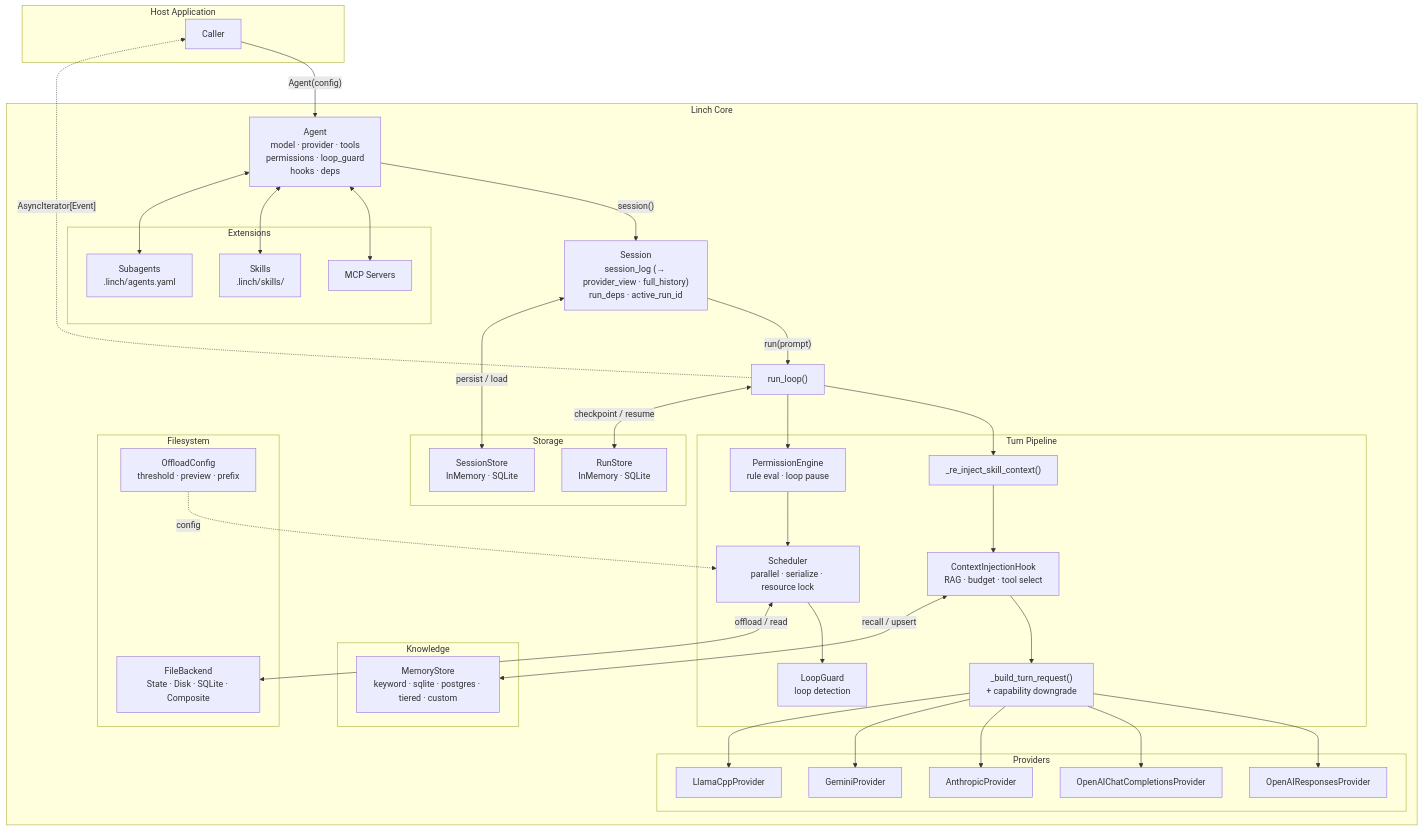
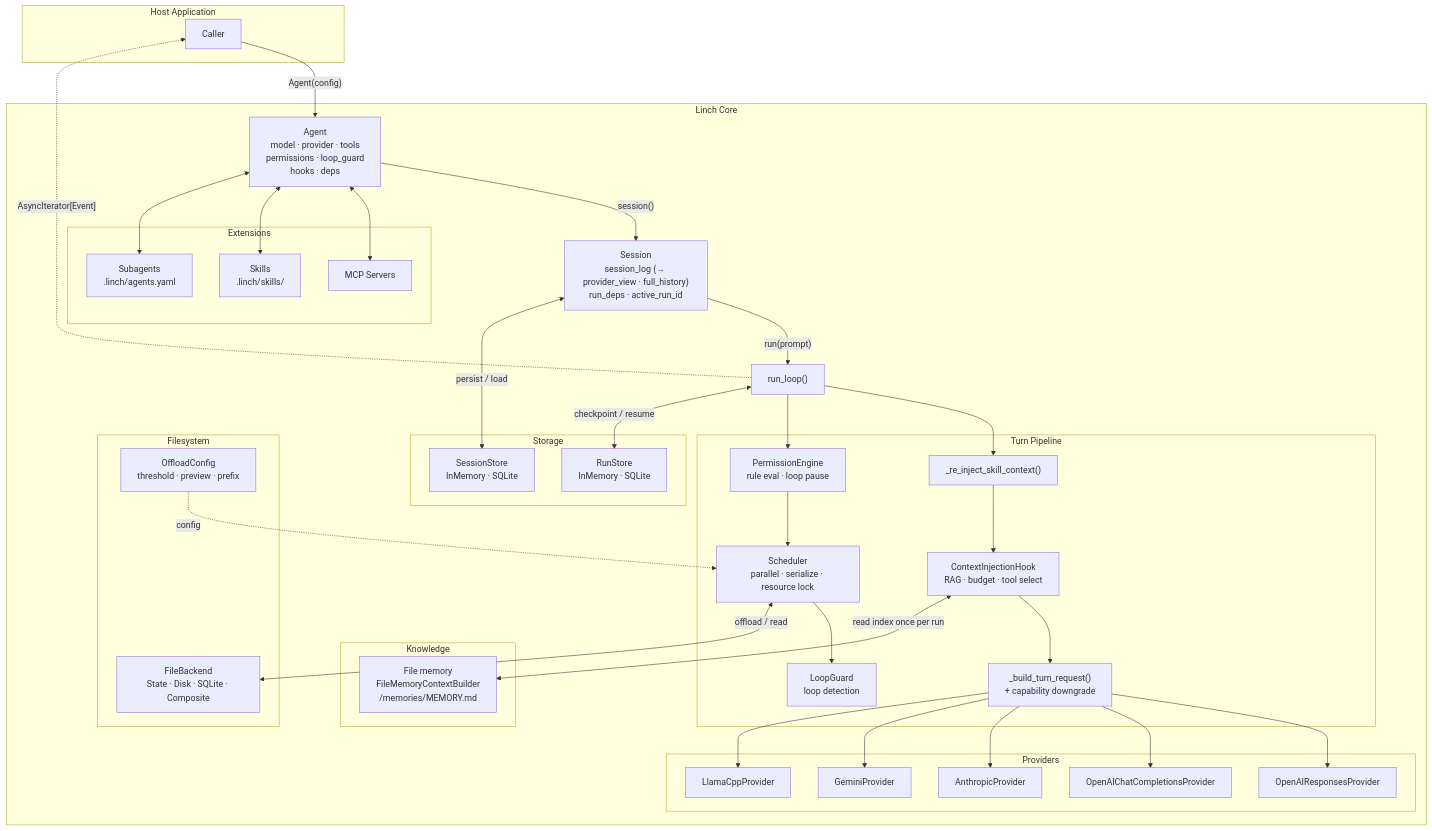
The diagram in docs/architecture/overview.md (DuyTa506/linch), drawn with Mermaid before and after one commit. The commit also changed 17 other files, not shown here.

````diff
--- a/docs/architecture/overview.md
+++ b/docs/architecture/overview.md
@@ -7,67 +7,67 @@
 ```mermaid
 graph TD
     subgraph Host["Host Application"]
         Caller["Caller"]
     end
 
     subgraph Core["Linch Core"]
         Agent["Agent\nmodel · provider · tools\npermissions · loop_guard\nhooks · deps"]
         Session["Session\nsession_log (→ provider_view · full_history)\nrun_deps · active_run_id"]
         RunLoop["run_loop()"]
 
         subgraph Pipeline["Turn Pipeline"]
             SK["_re_inject_skill_context()"]
             CB["ContextInjectionHook\nRAG · budget · tool select"]
             BTR["_build_turn_request()\n+ capability downgrade"]
             PERM["PermissionEngine\nrule eval · loop pause"]
             SCHED["Scheduler\nparallel · serialize · resource lock"]
             LG["LoopGuard\nloop detection"]
         end
 
         subgraph Providers["Providers"]
             OAR["OpenAIResponsesProvider"]
             OAC["OpenAIChatCompletionsProvider"]
             ANT["AnthropicProvider"]
             GEM["GeminiProvider"]
             LLM["LlamaCppProvider"]
         end
 
         subgraph Storage["Storage"]
             SS["SessionStore\nInMemory · SQLite"]
             RS["RunStore\nInMemory · SQLite"]
         end
 
         subgraph Knowledge["Knowledge"]
-            MEM["MemoryStore\nkeyword · sqlite · postgres · tiered · custom"]
+            MEM["File memory\nFileMemoryContextBuilder\n/memories/MEMORY.md"]
         end
 
         subgraph Filesystem["Filesystem"]
             FS["FileBackend\nState · Disk · SQLite · Composite"]
             OFF["OffloadConfig\nthreshold · preview · prefix"]
         end
 
         subgraph Extensions["Extensions"]
             MCP["MCP Servers"]
             SKILLS["Skills\n.linch/skills/"]
             SUBA["Subagents\n.linch/agents.yaml"]
         end
     end
 
     Caller -->|"Agent(config)"| Agent
     Agent -->|"session()"| Session
     Session -->|"run(prompt)"| RunLoop
     RunLoop --> SK
     SK --> CB
     CB --> BTR
     BTR --> OAR & OAC & ANT & GEM & LLM
     RunLoop --> PERM
     PERM --> SCHED
     SCHED --> LG
     RunLoop -.->|"AsyncIterator[Event]"| Caller
     Session <-->|"persist / load"| SS
     RunLoop <-->|"checkpoint / resume"| RS
-    CB <-->|"recall / upsert"| MEM
+    CB <-->|"read index once per run"| MEM
     Agent <--> MCP & SKILLS & SUBA
     SCHED <-->|"offload / read"| FS
     OFF -.->|"config"| SCHED
 ```
````
